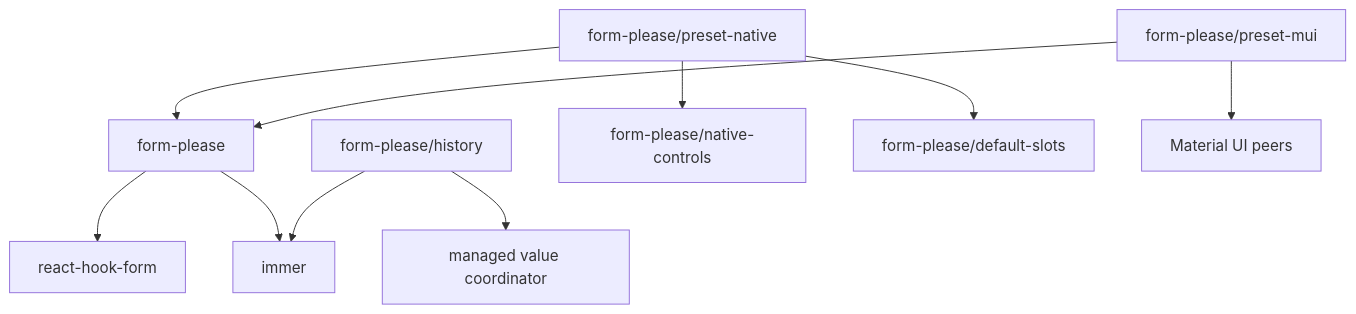
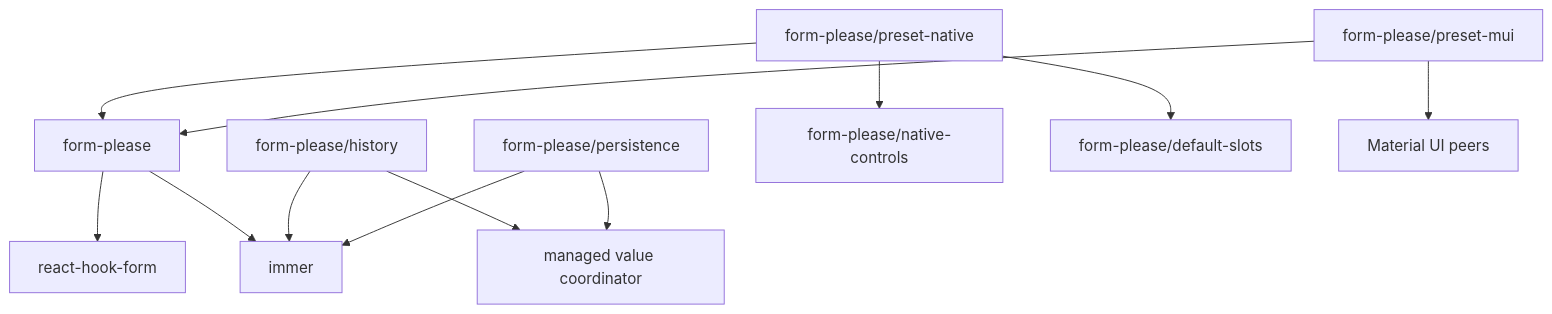
Before and after one commit to r13v/fokit: the diagram in docs/ARCHITECTURE.md, drawn with Mermaid. The commit also changed other lines of this file and 43 other files, not shown here.

````diff
--- a/docs/ARCHITECTURE.md
+++ b/docs/ARCHITECTURE.md
@@ -25,12 +26,14 @@
 ```mermaid
 flowchart TD
     Root["form-please"] --> RHF["react-hook-form"]
     Root --> Immer["immer"]
     History["form-please/history"] --> Coordinator["managed value coordinator"]
     History --> Immer
+    Persistence["form-please/persistence"] --> Coordinator
+    Persistence --> Immer
     NativePreset["form-please/preset-native"] --> Root
     NativePreset --> NativeControls["form-please/native-controls"]
     NativePreset --> DefaultSlots["form-please/default-slots"]
     MuiPreset["form-please/preset-mui"] --> Root
     MuiPreset --> Mui["Material UI peers"]
 ```
````
